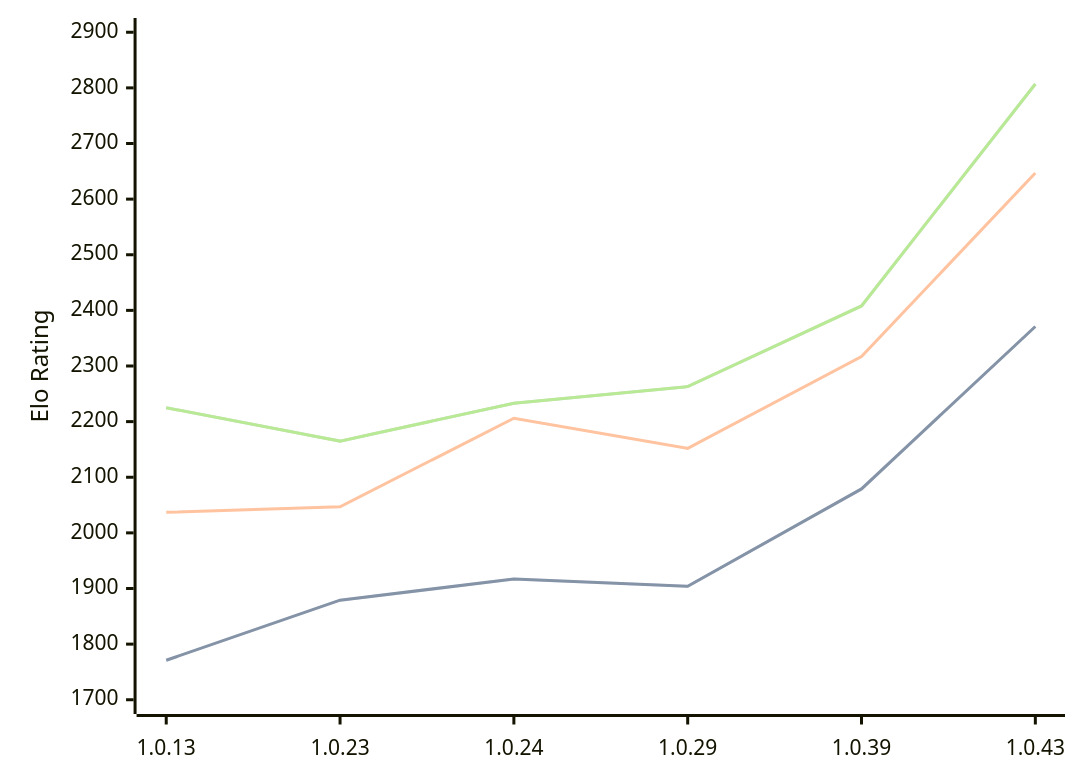
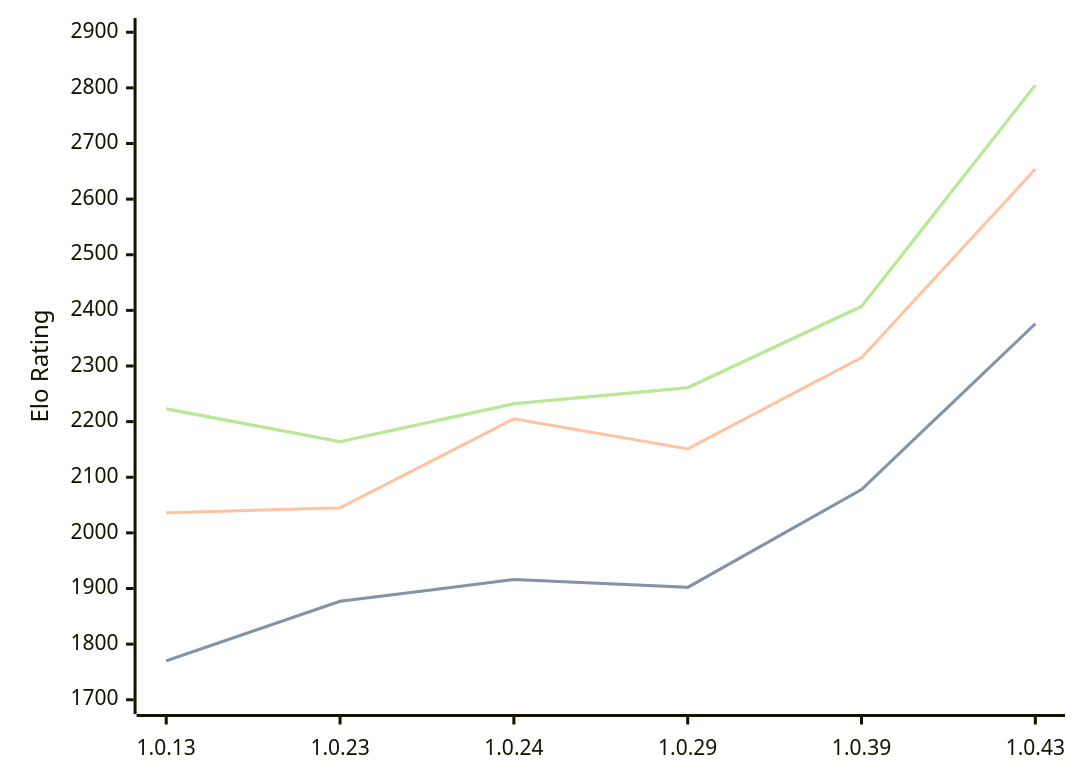
Before and after one commit to computer-chess-index/cci: the diagram in engines/RustyRival.md, drawn with Mermaid. The commit also changed other lines of this file, not shown here.

Commit message:
Update CCI Ratings (ELO VLTC) - 2026-06-07

````diff
--- a/engines/RustyRival.md
+++ b/engines/RustyRival.md
@@ -68,11 +68,11 @@
 ```mermaid
 %%{init: {"theme":"base","themeVariables":{"seriesColors:['#a3a3a3','#222221','#faa371']}}}%%
 xychart-beta
   x-axis ["1.0.13", "1.0.23", "1.0.24", "1.0.29", "1.0.39", "1.0.43"]
   y-axis "Elo Rating" 1700 --> 2900
-  line "STC (8.0+0.08s)" [1771, 1879, 1917, 1904, 2079, 2371]
-  line "STC (8.0+0.08s)" [1771, 1879, 1917, 1904, 2079, 2371]
-  line "LTC (60.0+0.60s)" [2037, 2047, 2206, 2152, 2317, 2647]
-  line "VLTC (2m24s+1.12s)" [2225, 2165, 2233, 2263, 2408, 2807]
-  line "VLTC (2m24s+1.12s)" [2225, 2165, 2233, 2263, 2408, 2807]
+  line "STC (8.0+0.08s)" [1770, 1877, 1916, 1902, 2078, 2376]
+  line "STC (8.0+0.08s)" [1770, 1877, 1916, 1902, 2078, 2376]
+  line "LTC (60.0+0.60s)" [2036, 2045, 2205, 2151, 2315, 2654]
+  line "VLTC (2m24s+1.12s)" [2223, 2164, 2232, 2261, 2407, 2805]
+  line "VLTC (2m24s+1.12s)" [2223, 2164, 2232, 2261, 2407, 2805]
 ```
````
